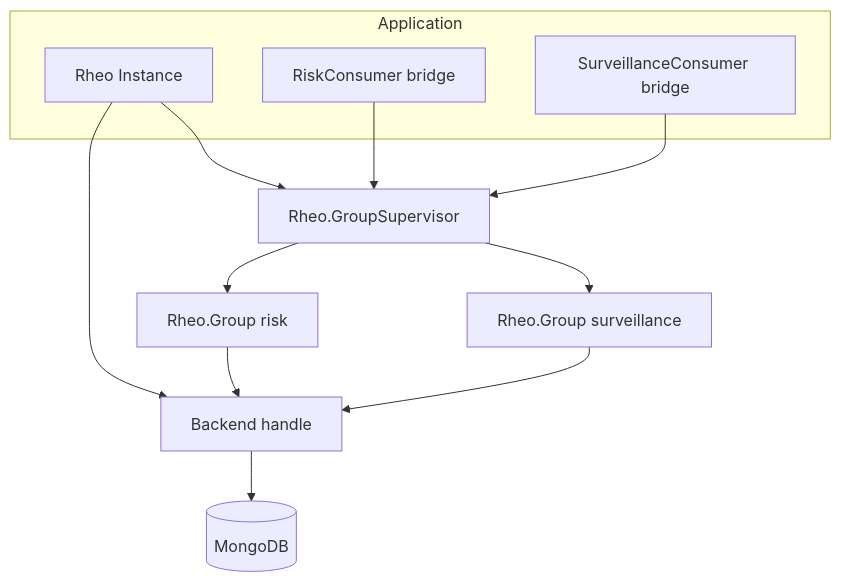
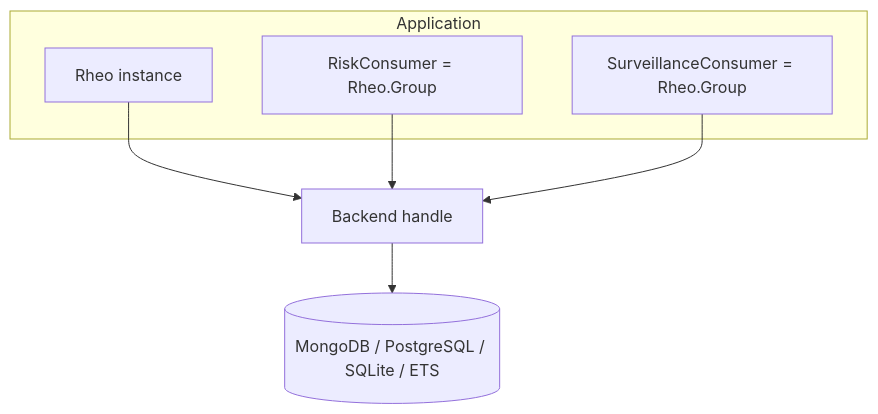
The first of 8 diagrams in docs/diagrams.md (thanos/rheo), drawn with Mermaid before and after one commit. The commit also changed other lines of this file and 102 other files, not shown here.

````diff
--- a/docs/diagrams.md
+++ b/docs/diagrams.md
@@ -8,17 +8,12 @@
 ```mermaid
 flowchart TB
   subgraph app [Application]
-    RheoInst[Rheo Instance]
-    Risk[RiskConsumer bridge]
-    Surv[SurveillanceConsumer bridge]
+    RheoInst[Rheo instance]
+    Risk[RiskConsumer = Rheo.Group]
+    Surv[SurveillanceConsumer = Rheo.Group]
   end
   RheoInst --> BackendChild[Backend handle]
-  RheoInst --> GroupSup[Rheo.GroupSupervisor]
-  GroupSup --> GroupRisk[Rheo.Group risk]
-  GroupSup --> GroupSurv[Rheo.Group surveillance]
-  Risk --> GroupSup
-  Surv --> GroupSup
-  GroupRisk --> BackendChild
-  GroupSurv --> BackendChild
-  BackendChild --> DB[(MongoDB)]
+  Risk --> BackendChild
+  Surv --> BackendChild
+  BackendChild --> DB[(MongoDB / PostgreSQL / SQLite / ETS)]
 ```
````
